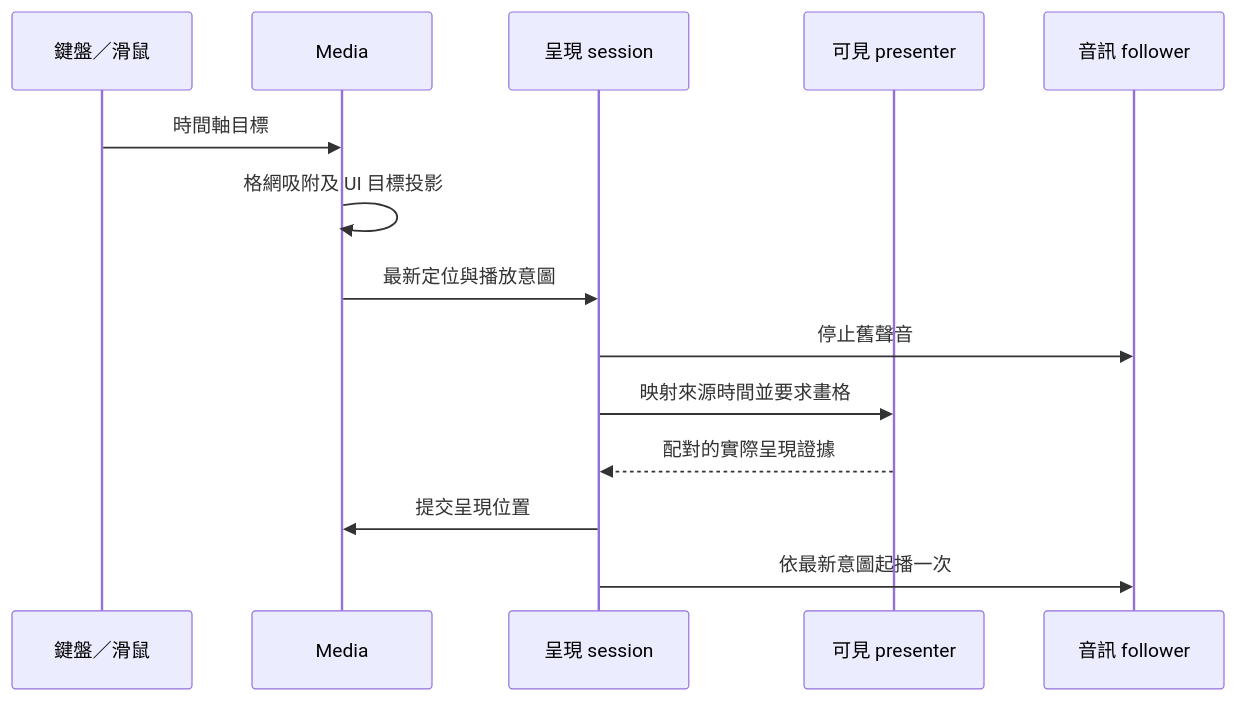
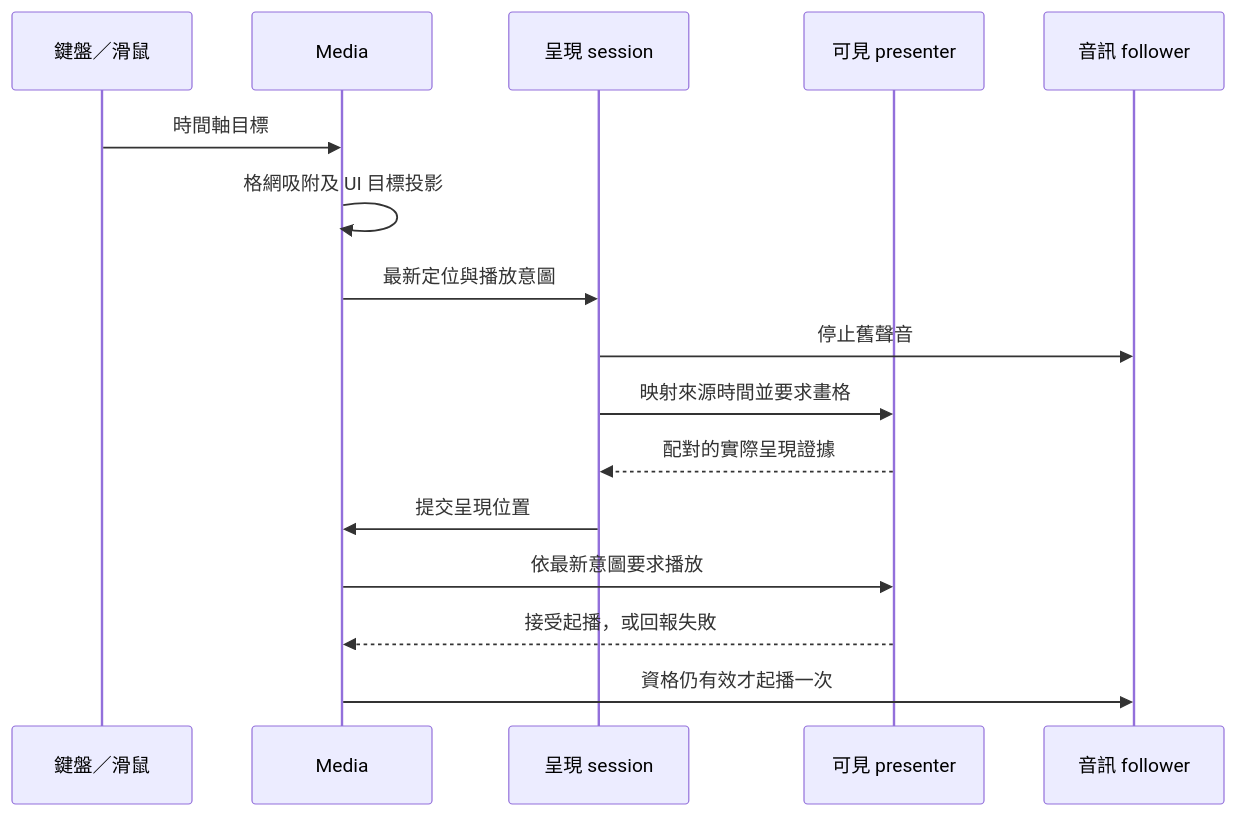
Before and after one commit to evanwayc-star/SUB_Tool: the diagram in docs/FPS_時碼一致性.md, drawn with Mermaid. The commit also changed other lines of this file and 57 other files, not shown here.

````diff
--- a/docs/FPS_時碼一致性.md
+++ b/docs/FPS_時碼一致性.md
@@ -150,16 +152,18 @@
 ```mermaid
 sequenceDiagram
   participant I as 鍵盤／滑鼠
   participant M as Media
   participant S as 呈現 session
   participant P as 可見 presenter
   participant A as 音訊 follower
   I->>M: 時間軸目標
   M->>M: 格網吸附及 UI 目標投影
   M->>S: 最新定位與播放意圖
   S->>A: 停止舊聲音
   S->>P: 映射來源時間並要求畫格
   P-->>S: 配對的實際呈現證據
   S->>M: 提交呈現位置
-  S->>A: 依最新意圖起播一次
+  M->>P: 依最新意圖要求播放
+  P-->>M: 接受起播，或回報失敗
+  M->>A: 資格仍有效才起播一次
 ```
````
